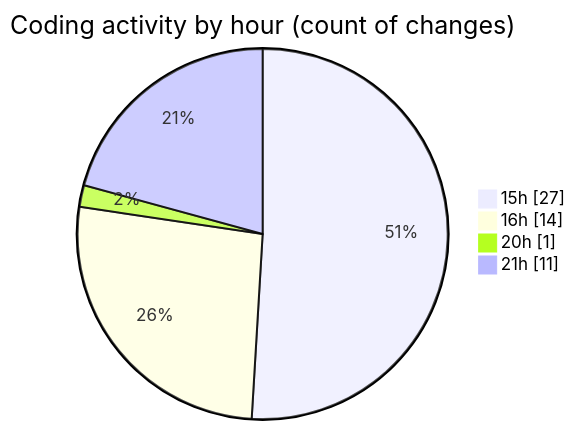
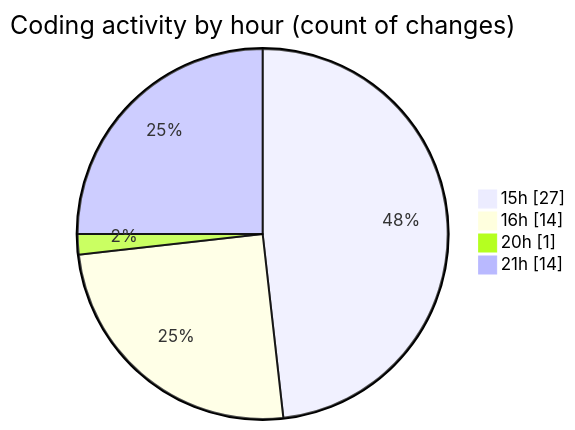
One commit to idhammustaqopulfikri/code-tracking changed the second of 2 diagrams in 2025-06-06/sewa-mobil/README.md. Above: the diagram before and after it, drawn with Mermaid. The commit also changed other lines of this file and 1 other file, not shown here.

````diff
--- a/2025-06-06/sewa-mobil/README.md
+++ b/2025-06-06/sewa-mobil/README.md
@@ -43,8 +45,8 @@
 ```mermaid
 pie showData
 title Coding activity by hour (count of changes)
 "15h" : 27
 "16h" : 14
 "20h" : 1
-"21h" : 11
+"21h" : 14
 ```
````
